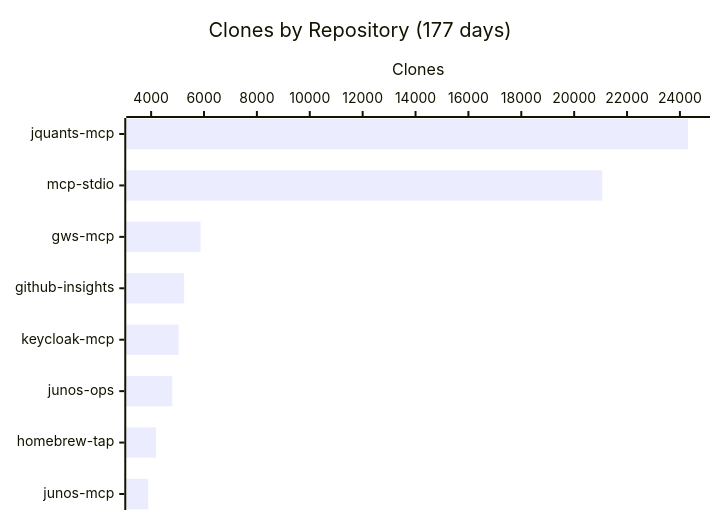
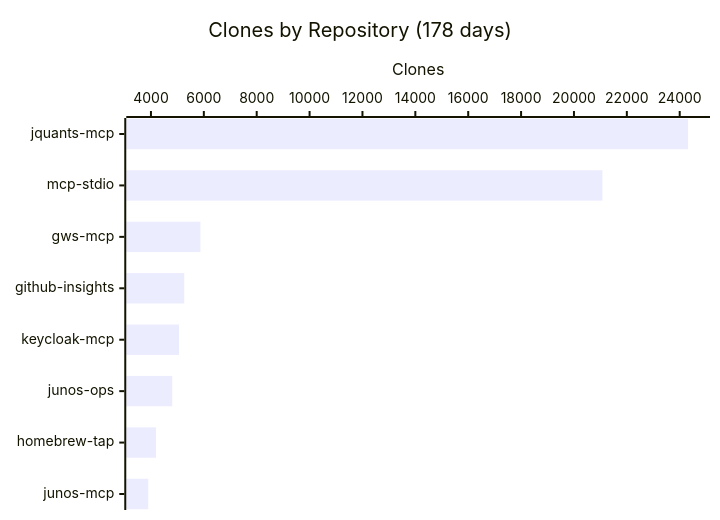
One commit to shigechika/github-insights changed the fourth of 4 diagrams in README.md. Above: the diagram before and after it, drawn with Mermaid. The commit also changed other lines of this file and 2 other files, not shown here.

````diff
--- a/README.md
+++ b/README.md
@@ -58,7 +58,7 @@
 ```mermaid
 xychart-beta horizontal
-    title "Clones by Repository (177 days)"
+    title "Clones by Repository (178 days)"
     x-axis ["jquants-mcp", "mcp-stdio", "gws-mcp", "github-insights", "keycloak-mcp", "junos-ops", "homebrew-tap", "junos-mcp"]
     y-axis "Clones"
-    bar [24308, 21061, 5868, 5247, 5038, 4801, 4185, 3889]
+    bar [24316, 21077, 5872, 5259, 5062, 4806, 4191, 3896]
 ```
````
